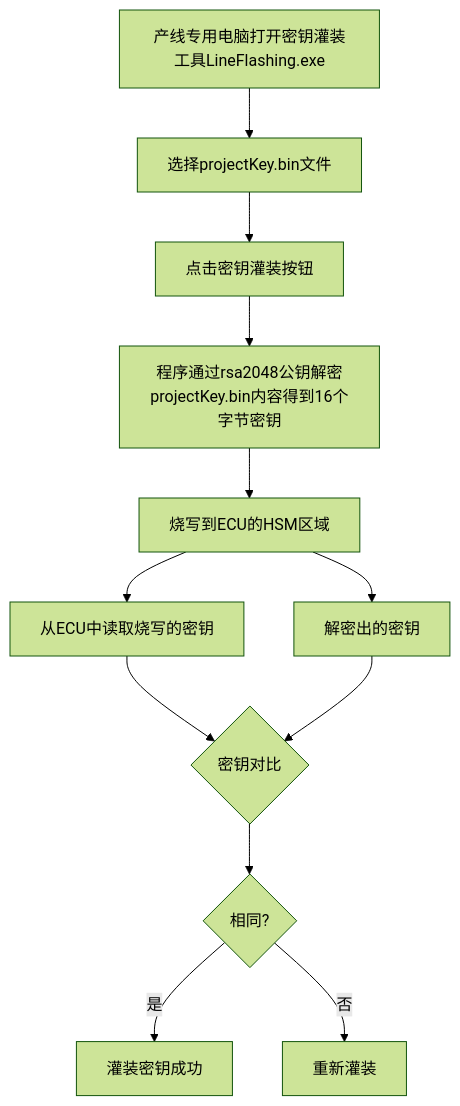
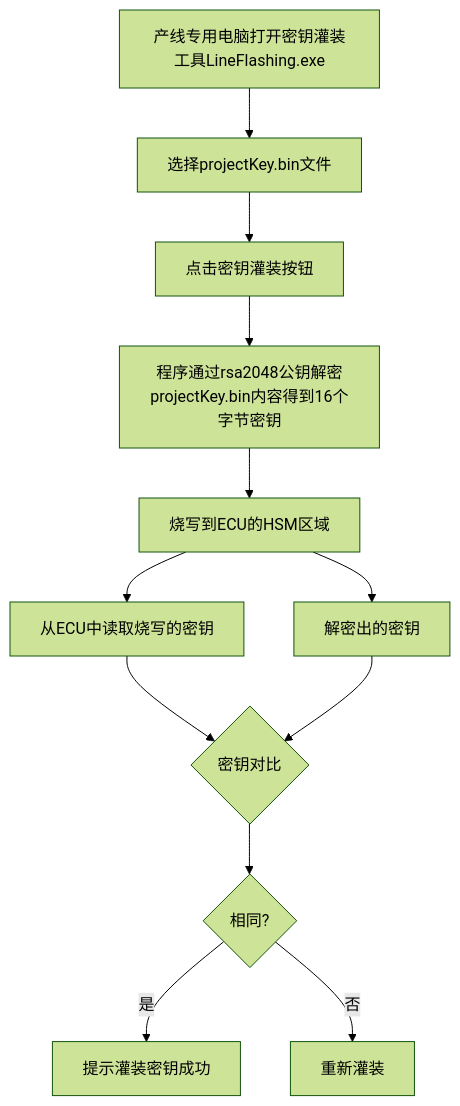
One commit to facebook-cloud/iodraw-files changed the diagram in all/未命名-5.md. Above: the diagram before and after it, drawn with Mermaid (forest theme).

Commit message:
2026-01-05 17:26:49 update

````diff
--- a/all/未命名-5.md
+++ b/all/未命名-5.md
@@ -1,15 +1,15 @@
 ```mermaid
 graph TD
     A[产线专用电脑打开密钥灌装工具LineFlashing.exe] --> B[选择projectKey.bin文件]
     B --> C[点击密钥灌装按钮]
     C --> E[程序通过rsa2048公钥解密projectKey.bin内容得到16个字节密钥]
     E --> F[烧写到ECU的HSM区域]
     F --> G[从ECU中读取烧写的密钥]
     F --> H[解密出的密钥]
     G --> I{密钥对比}
     H --> I
     I --> J{相同?}
-    J -- 是 --> K[灌装密钥成功]
+    J -- 是 --> K[提示灌装密钥成功]
     J -- 否 --> L[重新灌装]
 
 ```
````
